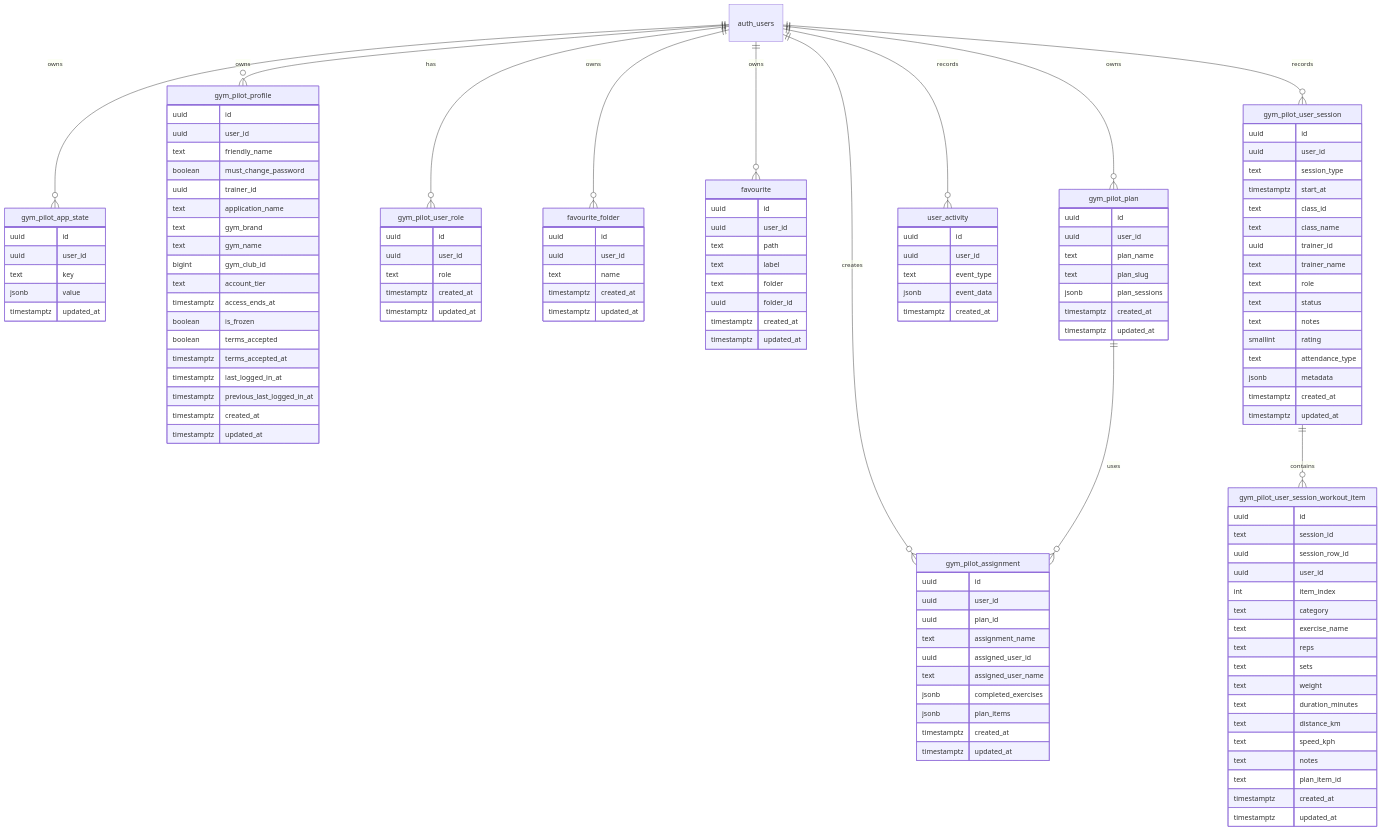
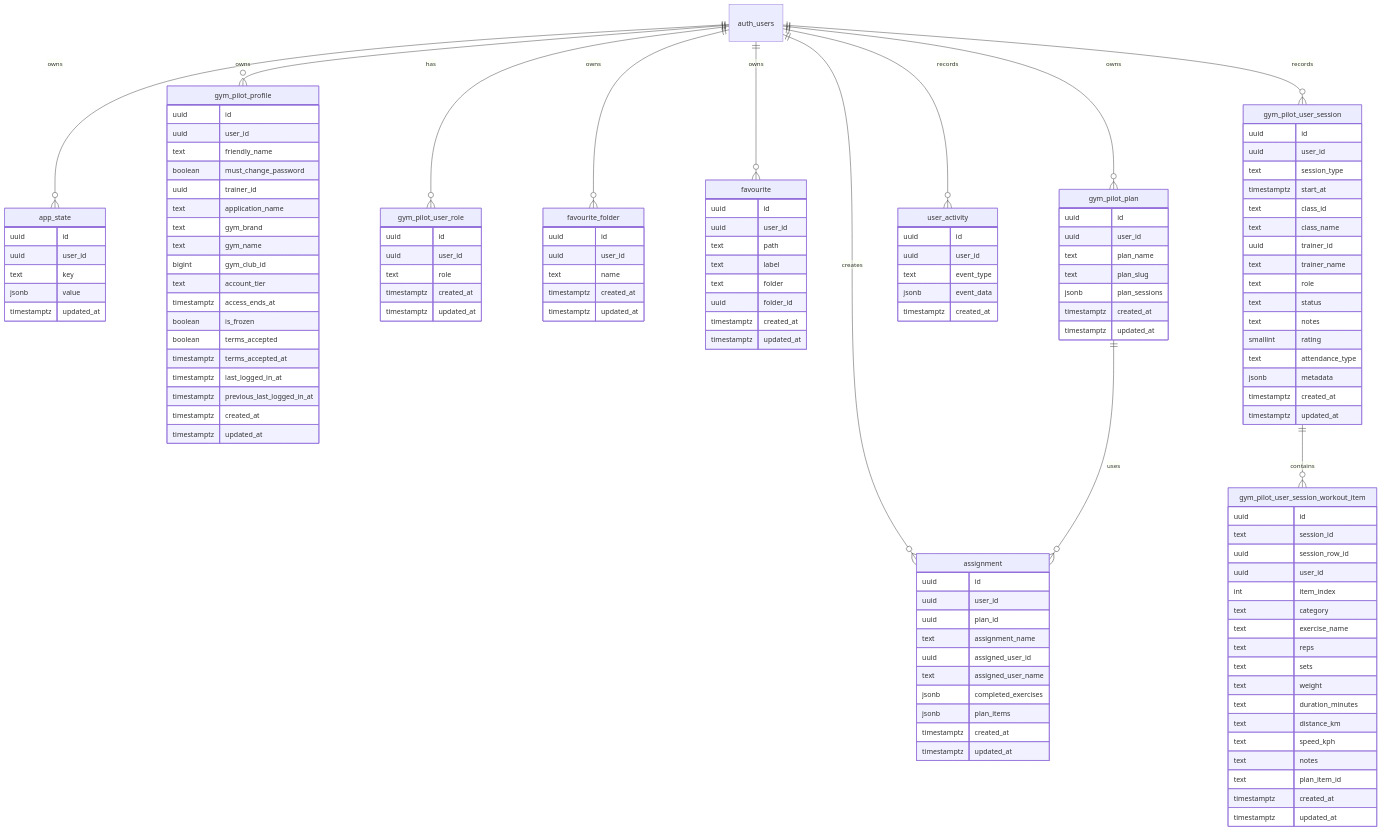
The diagram in docs/data-schema.md (asudbury/gym-pilot), drawn with Mermaid before and after one commit. The commit also changed other lines of this file and 6 other files, not shown here.

````diff
--- a/docs/data-schema.md
+++ b/docs/data-schema.md
@@ -217,18 +217,18 @@
 ```mermaid
 erDiagram
-    auth_users ||--o{ gym_pilot_app_state : owns
+    auth_users ||--o{ app_state : owns
     auth_users ||--o{ gym_pilot_profile : owns
     auth_users ||--o{ gym_pilot_user_role : has
     auth_users ||--o{ favourite_folder : owns
     auth_users ||--o{ favourite : owns
     auth_users ||--o{ gym_pilot_plan : owns
-    auth_users ||--o{ gym_pilot_assignment : creates
+    auth_users ||--o{ assignment : creates
     auth_users ||--o{ user_activity : records
     auth_users ||--o{ gym_pilot_user_session : records
-    gym_pilot_plan ||--o{ gym_pilot_assignment : uses
+    gym_pilot_plan ||--o{ assignment : uses
     gym_pilot_user_session ||--o{ gym_pilot_user_session_workout_item : contains
 
-    gym_pilot_app_state {
+    app_state {
         uuid id
         uuid user_id
         text key
@@ -294,7 +294,7 @@
         timestamptz updated_at
     }
 
-    gym_pilot_assignment {
+    assignment {
         uuid id
         uuid user_id
         uuid plan_id
````
